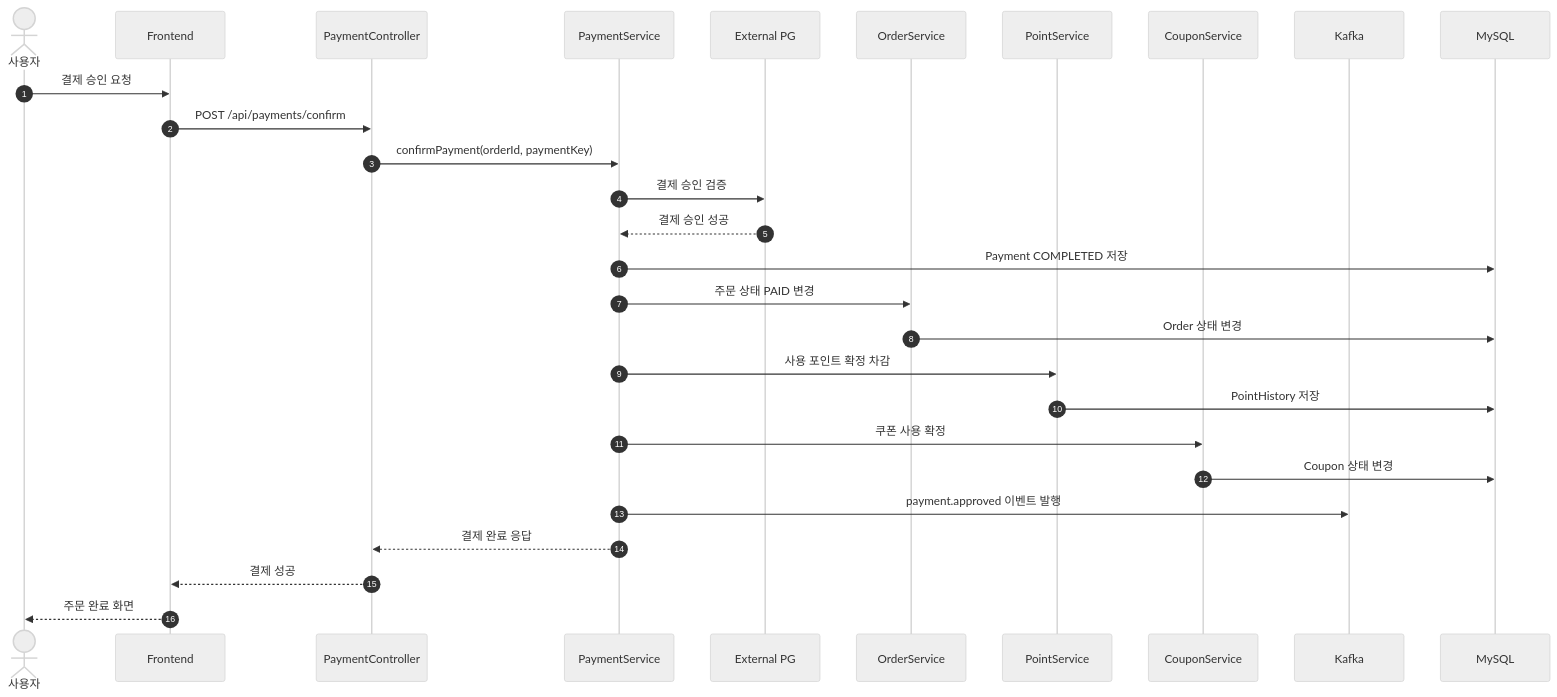
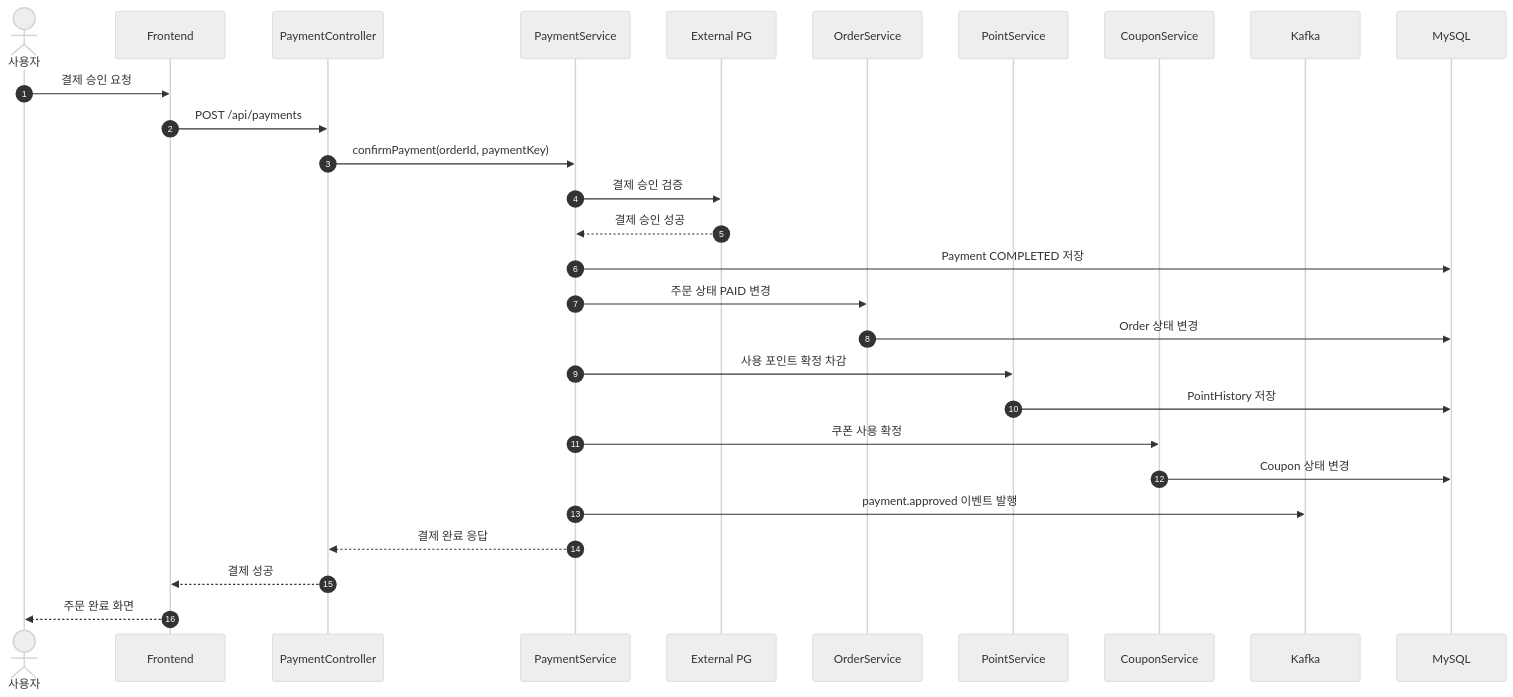
One commit to one-stop-project/one-stop-project-docs changed the eighth of 27 diagrams in documents/sequence/domain-sequence-diagrams.md. Above: the diagram before and after it, drawn with Mermaid (neutral theme). The commit also changed other lines of this file and 6 other files, not shown here.

Commit message:
공통 문서(엔티티 관계도·에러코드·플로우·시퀀스) 코드 정합화 및 에러코드 레퍼런스 신설

````diff
--- a/documents/sequence/domain-sequence-diagrams.md
+++ b/documents/sequence/domain-sequence-diagrams.md
@@ -360,36 +360,36 @@
 ```mermaid
 sequenceDiagram
     autonumber
     actor User as 사용자
     participant FE as Frontend
     participant PaymentController as PaymentController
     participant PaymentService as PaymentService
     participant PG as External PG
     participant OrderService as OrderService
     participant PointService as PointService
     participant CouponService as CouponService
     participant Kafka as Kafka
     participant DB as MySQL
 
     User->>FE: 결제 승인 요청
-    FE->>PaymentController: POST /api/payments/confirm
+    FE->>PaymentController: POST /api/payments
     PaymentController->>PaymentService: confirmPayment(orderId, paymentKey)
 
     PaymentService->>PG: 결제 승인 검증
     PG-->>PaymentService: 결제 승인 성공
 
     PaymentService->>DB: Payment COMPLETED 저장
     PaymentService->>OrderService: 주문 상태 PAID 변경
     OrderService->>DB: Order 상태 변경
 
     PaymentService->>PointService: 사용 포인트 확정 차감
     PointService->>DB: PointHistory 저장
 
     PaymentService->>CouponService: 쿠폰 사용 확정
     CouponService->>DB: Coupon 상태 변경
 
     PaymentService->>Kafka: payment.approved 이벤트 발행
     PaymentService-->>PaymentController: 결제 완료 응답
     PaymentController-->>FE: 결제 성공
     FE-->>User: 주문 완료 화면
 ```
````
